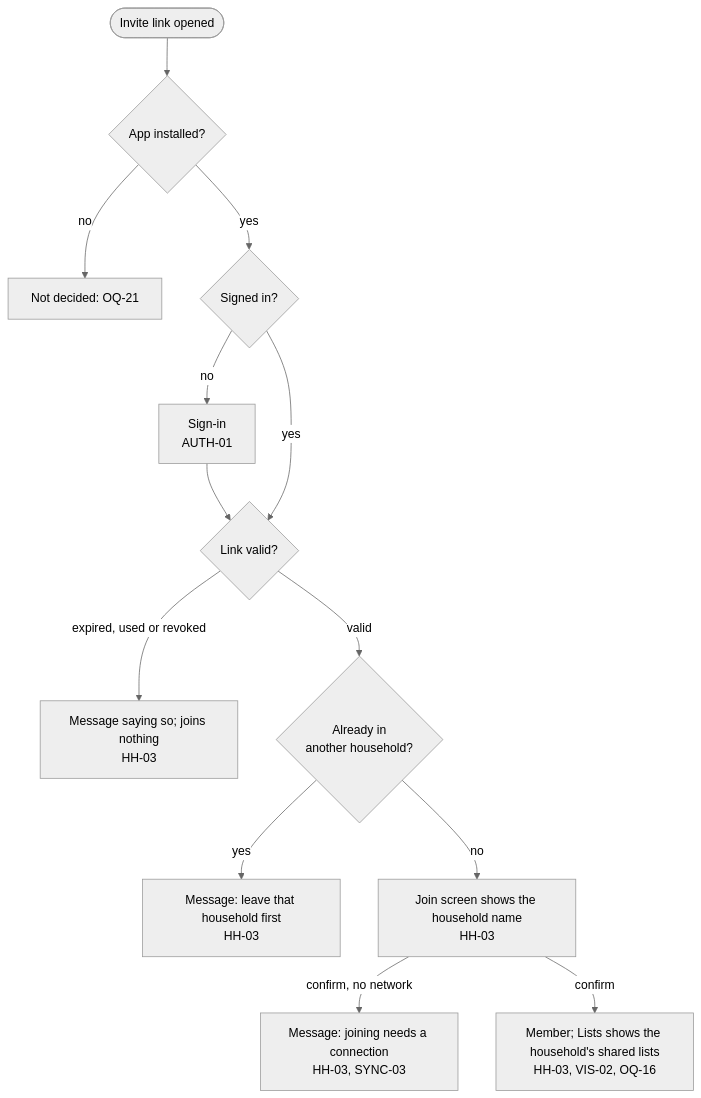
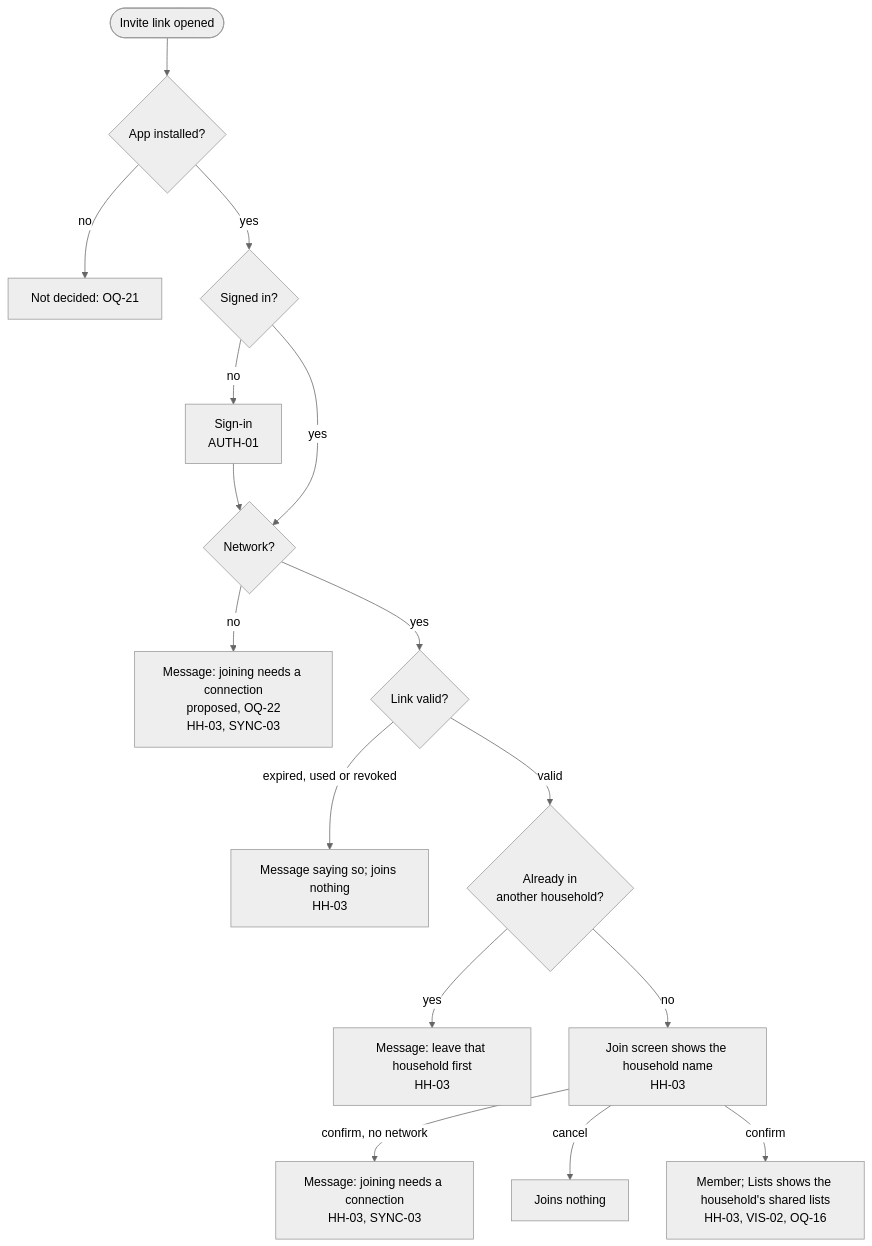
One commit to bondo/listicles2 changed the fourth of 10 diagrams in docs/product/flow.md. Above: the diagram before and after it, drawn with Mermaid (neutral theme). The commit also changed other lines of this file, not shown here.

````diff
--- a/docs/product/flow.md
+++ b/docs/product/flow.md
@@ -99,14 +105,17 @@
 ```mermaid
 flowchart TD
     tap(["Invite link opened"]) --> installed{"App installed?"}
     installed -- "no" --> store["Not decided: OQ-21"]
     installed -- "yes" --> auth{"Signed in?"}
-    auth -- "no" --> si["Sign-in<br>AUTH-01"] --> check
-    auth -- "yes" --> check{"Link valid?"}
+    auth -- "no" --> si["Sign-in<br>AUTH-01"] --> net
+    auth -- "yes" --> net{"Network?"}
+    net -- "no" --> onet["Message: joining needs a connection<br>proposed, OQ-22<br>HH-03, SYNC-03"]
+    net -- "yes" --> check{"Link valid?"}
     check -- "expired, used or revoked" --> bad["Message saying so; joins nothing<br>HH-03"]
     check -- "valid" --> other{"Already in<br>another household?"}
     other -- "yes" --> leavefirst["Message: leave that household first<br>HH-03"]
     other -- "no" --> joinscr["Join screen shows the household name<br>HH-03"]
     joinscr -- "confirm, no network" --> jnet["Message: joining needs a connection<br>HH-03, SYNC-03"]
+    joinscr -- "cancel" --> nojoin["Joins nothing"]
     joinscr -- "confirm" --> member["Member; Lists shows the household's shared lists<br>HH-03, VIS-02, OQ-16"]
 ```
````
